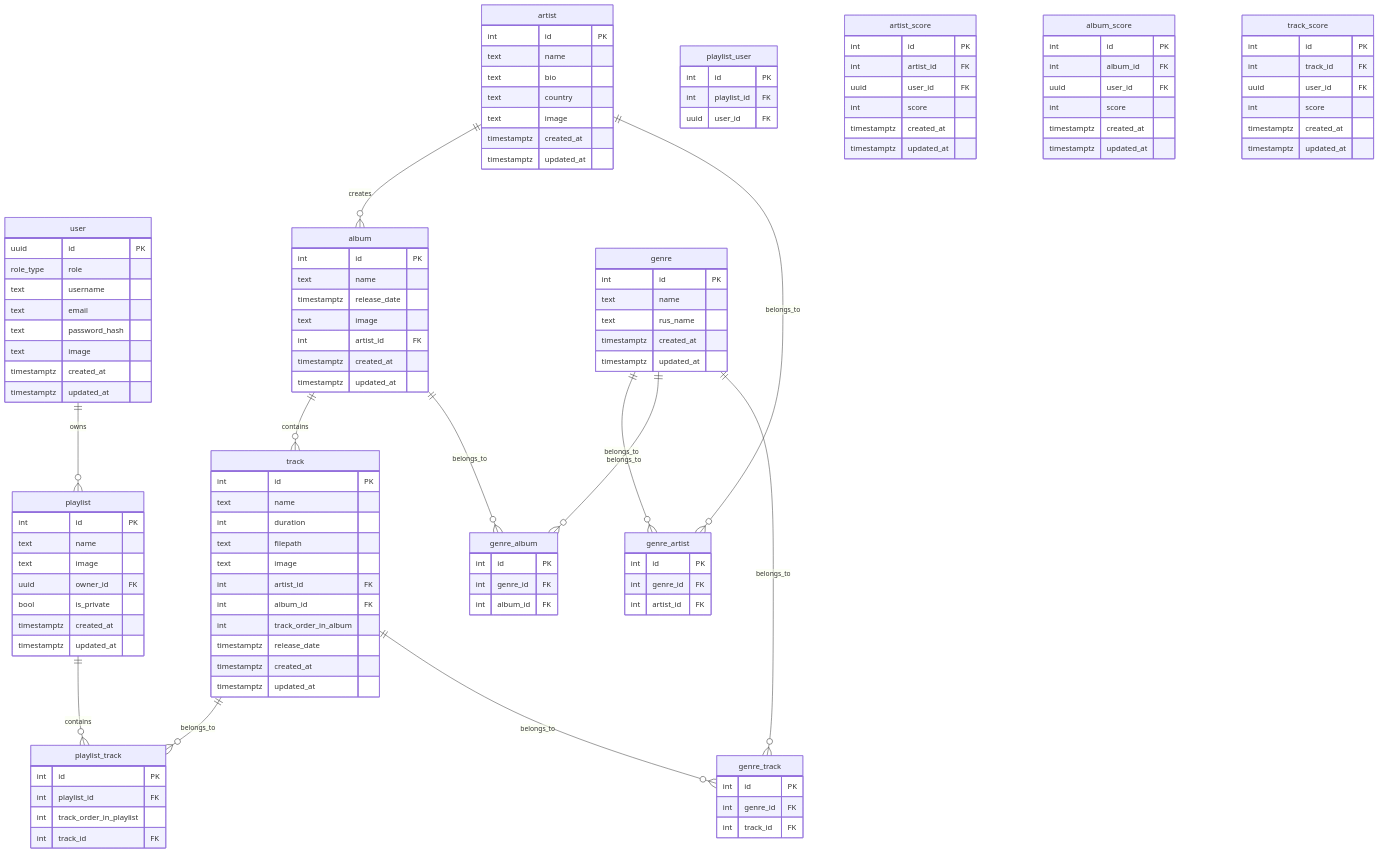
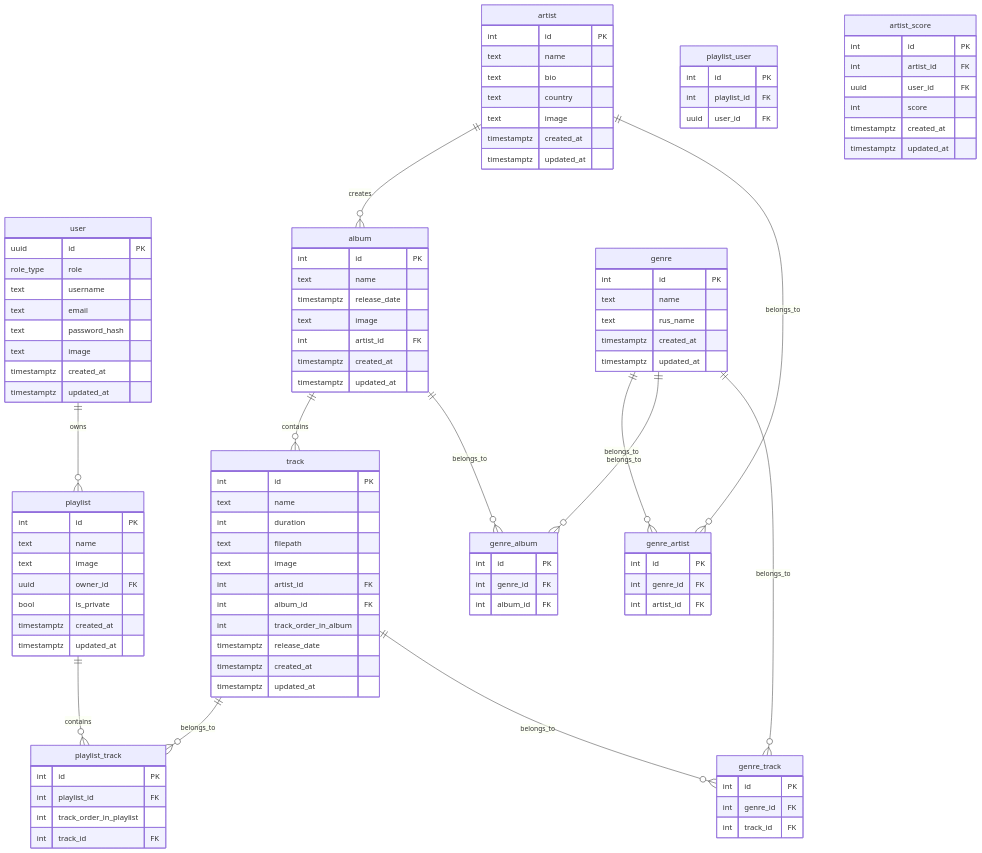
One commit to go-park-mail-ru/2024_2_NovaCode changed the diagram in internal/db/postgres/normalized/erd.md. Above: the diagram before and after it, drawn with Mermaid. The commit also changed 2 other files, not shown here.

Commit message:
db score fixes

````diff
--- a/internal/db/postgres/normalized/erd.md
+++ b/internal/db/postgres/normalized/erd.md
@@ -113,22 +113,4 @@
         timestamptz created_at
         timestamptz updated_at
     }
-
-    album_score {
-        int id PK
-        int album_id FK
-        uuid user_id FK
-        int score
-        timestamptz created_at
-        timestamptz updated_at
-    }
-
-    track_score {
-        int id PK
-        int track_id FK
-        uuid user_id FK
-        int score
-        timestamptz created_at
-        timestamptz updated_at
-    }
 ```
````
